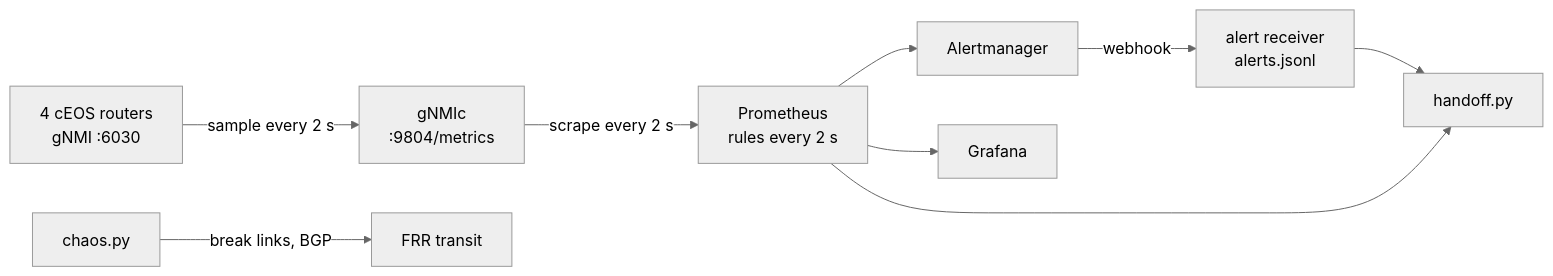
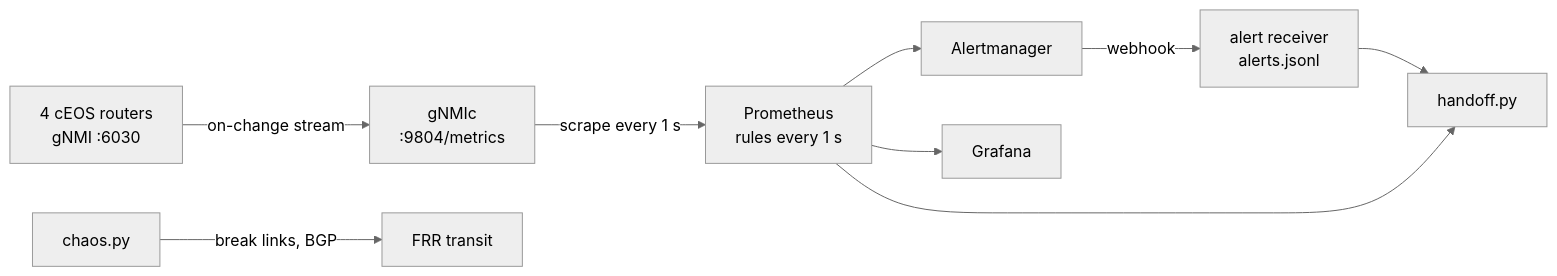
Before and after one commit to mumer-net/netpulse: the second of 2 diagrams in README.md, drawn with Mermaid (neutral theme). The commit also changed other lines of this file and 2 other files, not shown here.

Commit message:
docs: README with v1/v2a/v2 results, BGP runbook and sample handoff from live drill

````diff
--- a/README.md
+++ b/README.md
@@ -50,11 +58,11 @@
 ```mermaid
 flowchart LR
-  R["4 cEOS routers<br/>gNMI :6030"] -->|"sample every 2 s"| G["gNMIc<br/>:9804/metrics"]
-  G -->|"scrape every 2 s"| P["Prometheus<br/>rules every 2 s"]
+  R["4 cEOS routers<br/>gNMI :6030"] -->|"on-change stream"| G["gNMIc<br/>:9804/metrics"]
+  G -->|"scrape every 1 s"| P["Prometheus<br/>rules every 1 s"]
   P --> AM["Alertmanager"]
   AM -->|"webhook"| RX["alert receiver<br/>alerts.jsonl"]
   P --> GF["Grafana"]
   C["chaos.py"] -->|"break links, BGP"| T["FRR transit"]
   RX --> H["handoff.py"]
   P --> H
 ```
````
